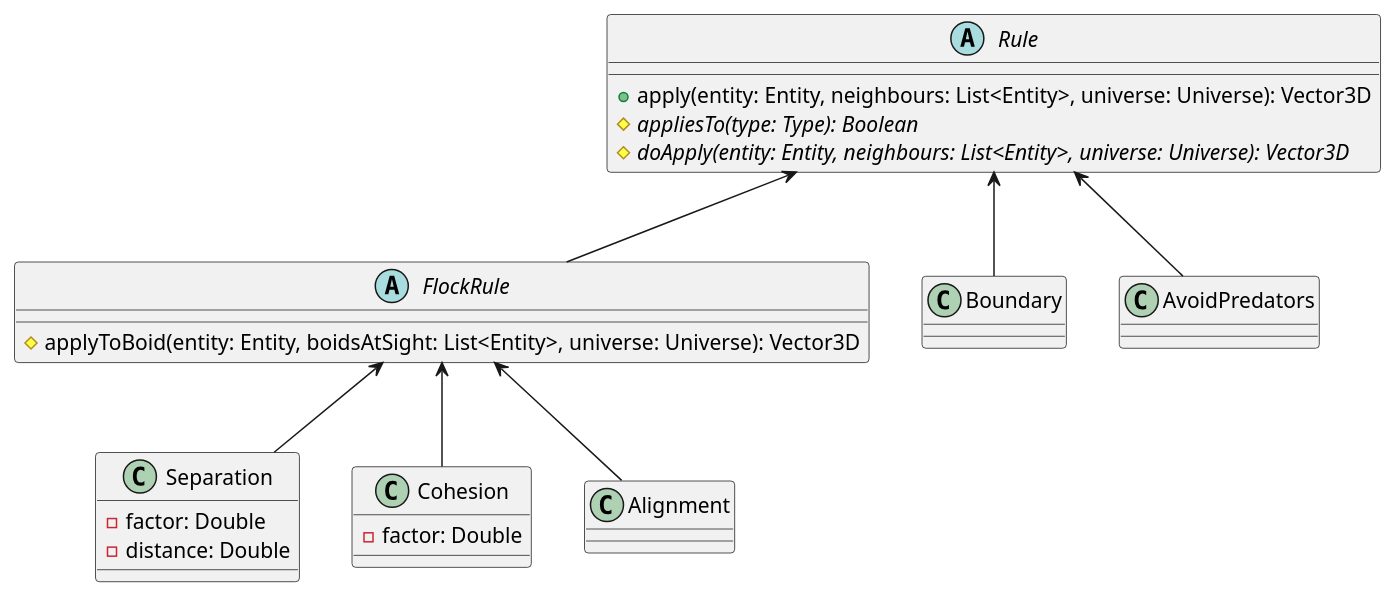
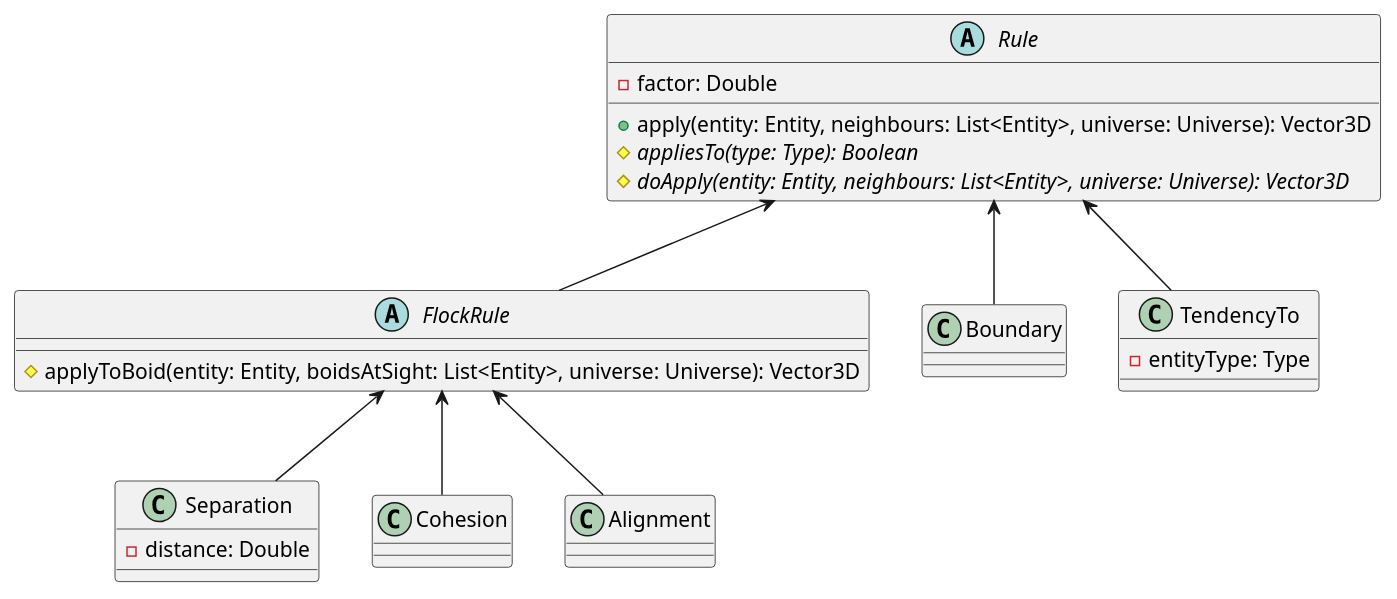
Before and after one commit to jporsay/boids: the diagram in docs/uml/rules.puml, drawn with PlantUML. The commit also changed 3 other files, not shown here.

Commit message:
Update uml

```diff
--- a/docs/uml/rules.puml
+++ b/docs/uml/rules.puml
@@ -1,35 +1,35 @@
 @startuml
 
 abstract class Rule {
+    - factor: Double
     + apply(entity: Entity, neighbours: List<Entity>, universe: Universe): Vector3D
     # {abstract} appliesTo(type: Type): Boolean
     # {abstract} doApply(entity: Entity, neighbours: List<Entity>, universe: Universe): Vector3D
 }
 
 abstract class FlockRule {
     # applyToBoid(entity: Entity, boidsAtSight: List<Entity>, universe: Universe): Vector3D
 }
 
 class Separation {
-    - factor: Double
     - distance: Double
 }
 
-class Cohesion {
-    - factor: Double
-}
+class Cohesion
 
 class Boundary
 
 class Alignment
 
-class AvoidPredators
+class TendencyTo {
+    - entityType: Type
+}
 
 FlockRule -up-> Rule
-AvoidPredators -up-> Rule
+TendencyTo -up-> Rule
 Boundary -up-> Rule
 Cohesion -up-> FlockRule
 Separation -up-> FlockRule
 Alignment -up-> FlockRule
 
 @enduml
```
